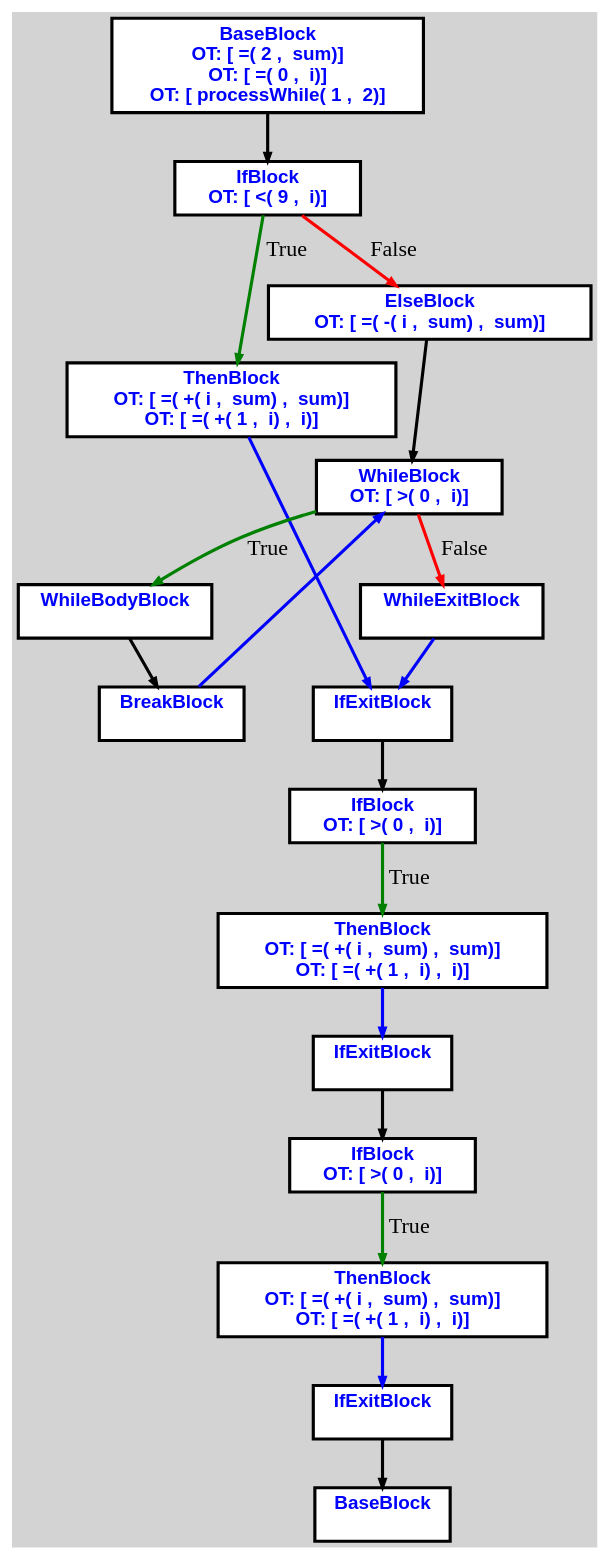
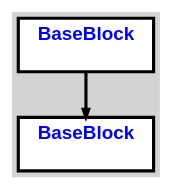
The diagram in cpoCompilerWin/cfgi0.dot (aveen007/CountingMonkeys), drawn with Graphviz before and after one commit. The commit also changed 16 other files, not shown here.

```diff
--- a/cpoCompilerWin/cfgi0.dot
+++ b/cpoCompilerWin/cfgi0.dot
@@ -1,54 +1,10 @@
 digraph G {
 ordering=out;
 ranksep=.4;
 bgcolor="lightgrey";  node [shape=box, fixedsize=false, fontsize=12, fontname="Helvetica-bold", fontcolor="blue"
 width=.25, height=.25, color="black", fillcolor="white", style="filled, solid, bold"];
 
-edge [arrowsize=.5, color="black", style="bold"]    n0000120BA4EA34D0 [label="BaseBlock\n OT: [ =( 2 ,  sum)]
-OT: [ =( 0 ,  i)]
-OT: [ processWhile( 1 ,  2)]
-"]
-    n0000120BA4EA35D0 [label="IfBlock\n OT: [ <( 9 ,  i)]
-"]
-    n0000120BA4EA34D0 -> n0000120BA4EA35D0
-    n0000120BA4EA35D0 -> n0000120BA4EA3610 [label="True" color="green"]
-    n0000120BA4EA3610 [label="ThenBlock\n OT: [ =( +( i ,  sum) ,  sum)]
-OT: [ =( +( 1 ,  i) ,  i)]
-"]
-    n0000120BA4EA35D0 -> n0000120BA4EA3650 [label="False" color="red"]
-    n0000120BA4EA3650 [label="ElseBlock\n OT: [ =( -( i ,  sum) ,  sum)]
-"]
-    n0000120BA4EA3690 [label="WhileBlock\n OT: [ >( 0 ,  i)]
-"]
-    n0000120BA4EA3650 -> n0000120BA4EA3690
-	   n0000120BA4EA3690 -> n0000120BA4EA36D0 [ label = "True" color="green"]
-    n0000120BA4EA36D0 [label="WhileBodyBlock\n "]
-    n0000120BA4EA3710 [label="BreakBlock\n "]
-    n0000120BA4EA36D0 -> n0000120BA4EA3710
-    n0000120BA4EA3710 -> n0000120BA4EA3690 [ color="blue"]
-	   n0000120BA4EA3690 -> n0000120BA4EA3850 [ label = "False" color="red"]
-    n0000120BA4EA3850 [label="WhileExitBlock\n "]
-    n0000120BA4EA3850 -> n0000120BA4EA3890 [color="blue"]
-    n0000120BA4EA3610 -> n0000120BA4EA3890 [ color="blue"]
-    n0000120BA4EA3890 [label="IfExitBlock\n "]
-    n0000120BA4EA38D0 [label="IfBlock\n OT: [ >( 0 ,  i)]
-"]
-    n0000120BA4EA3890 -> n0000120BA4EA38D0
-    n0000120BA4EA38D0 -> n0000120BA4EA3910 [label="True" color="green"]
-    n0000120BA4EA3910 [label="ThenBlock\n OT: [ =( +( i ,  sum) ,  sum)]
-OT: [ =( +( 1 ,  i) ,  i)]
-"]
-    n0000120BA4EA3910 -> n0000120BA4EA3950 [ color="blue"]
-    n0000120BA4EA3950 [label="IfExitBlock\n "]
-    n0000120BA4EA3990 [label="IfBlock\n OT: [ >( 0 ,  i)]
-"]
-    n0000120BA4EA3950 -> n0000120BA4EA3990
-    n0000120BA4EA3990 -> n0000120BA4EA39D0 [label="True" color="green"]
-    n0000120BA4EA39D0 [label="ThenBlock\n OT: [ =( +( i ,  sum) ,  sum)]
-OT: [ =( +( 1 ,  i) ,  i)]
-"]
-    n0000120BA4EA39D0 -> n0000120BA4EA3A10 [ color="blue"]
-    n0000120BA4EA3A10 [label="IfExitBlock\n "]
-    n0000120BA4EA3A50 [label="BaseBlock\n "]
-    n0000120BA4EA3A10 -> n0000120BA4EA3A50
+edge [arrowsize=.5, color="black", style="bold"]    n00001252932A34D0 [label="BaseBlock\n "]
+    n00001252932A3510 [label="BaseBlock\n "]
+    n00001252932A34D0 -> n00001252932A3510
 }
```
